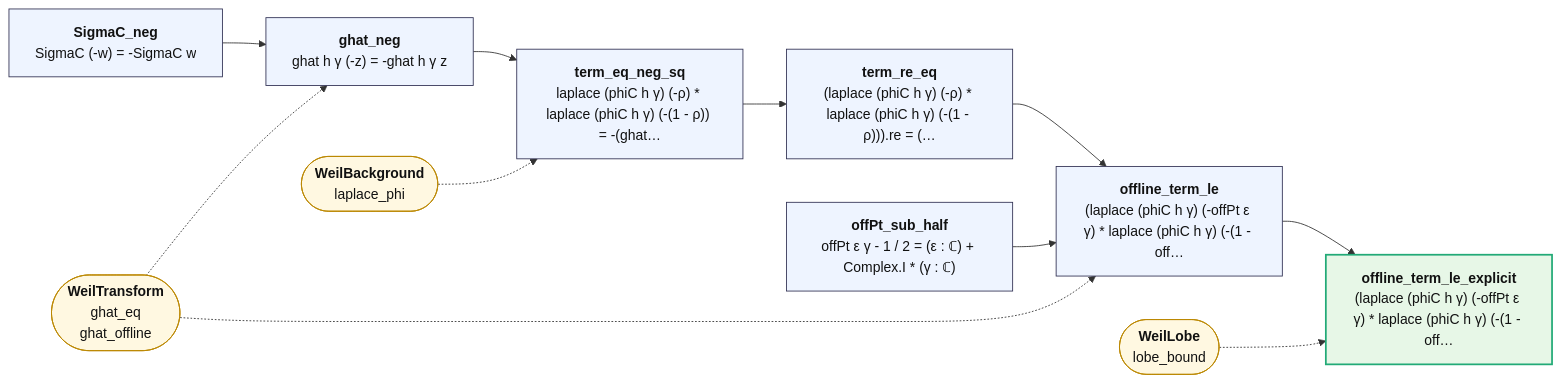
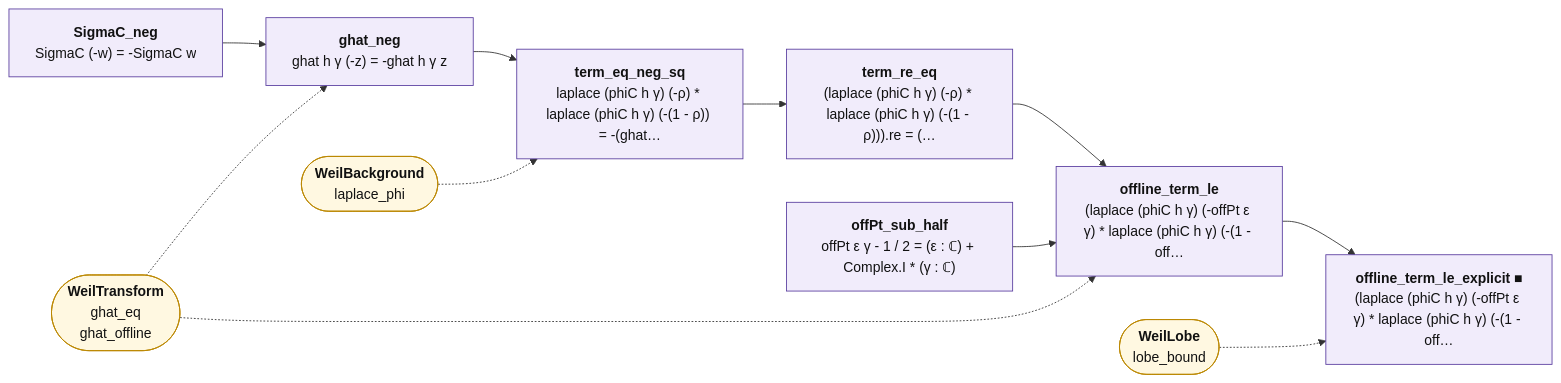
Before and after one commit to juliansambranojr/Primebeat_081426: the diagram in map/lean_stage3/WeilOffLine.md, drawn with Mermaid. The commit also changed other lines of this file and 398 other files, not shown here.

````diff
--- a/map/lean_stage3/WeilOffLine.md
+++ b/map/lean_stage3/WeilOffLine.md
@@ -12,28 +12,31 @@
 ```mermaid
 flowchart LR
-  n0["<b>SigmaC_neg</b><br/>SigmaC (-w) = -SigmaC w"]:::thm
-  n1["<b>ghat_neg</b><br/>ghat h γ (-z) = -ghat h γ z"]:::thm
-  n2["<b>term_eq_neg_sq</b><br/>laplace (phiC h γ) (-ρ) * laplace (phiC h γ) (-(1 - ρ)) = -(ghat…"]:::thm
-  n3["<b>term_re_eq</b><br/>(laplace (phiC h γ) (-ρ) * laplace (phiC h γ) (-(1 - ρ))).re = (…"]:::thm
-  n4["<b>offPt_sub_half</b><br/>offPt ε γ - 1 / 2 = (ε : ℂ) + Complex.I * (γ : ℂ)"]:::thm
-  n5["<b>offline_term_le</b><br/>(laplace (phiC h γ) (-offPt ε γ) * laplace (phiC h γ) (-(1 - off…"]:::thm
-  n6["<b>offline_term_le_explicit</b><br/>(laplace (phiC h γ) (-offPt ε γ) * laplace (phiC h γ) (-(1 - off…"]:::end_
+  n0["<b>SigmaC_neg</b><br/>SigmaC (-w) = -SigmaC w"]:::shp
+  n1["<b>ghat_neg</b><br/>ghat h γ (-z) = -ghat h γ z"]:::shp
+  n2["<b>term_eq_neg_sq</b><br/>laplace (phiC h γ) (-ρ) * laplace (phiC h γ) (-(1 - ρ)) = -(ghat…"]:::shp
+  n3["<b>term_re_eq</b><br/>(laplace (phiC h γ) (-ρ) * laplace (phiC h γ) (-(1 - ρ))).re = (…"]:::shp
+  n4["<b>offPt_sub_half</b><br/>offPt ε γ - 1 / 2 = (ε : ℂ) + Complex.I * (γ : ℂ)"]:::shp
+  n5["<b>offline_term_le</b><br/>(laplace (phiC h γ) (-offPt ε γ) * laplace (phiC h γ) (-(1 - off…"]:::shp
+  n6["<b>offline_term_le_explicit ■</b><br/>(laplace (phiC h γ) (-offPt ε γ) * laplace (phiC h γ) (-(1 - off…"]:::shp
   x0(["<b>WeilTransform</b><br/>ghat_eq<br/>ghat_offline"]):::ext
   x1(["<b>WeilBackground</b><br/>laplace_phi"]):::ext
   x2(["<b>WeilLobe</b><br/>lobe_bound"]):::ext
   n0 --> n1
   n1 --> n2
   n2 --> n3
   n3 --> n5
   n4 --> n5
   n5 --> n6
   x0 -.-> n1
   x0 -.-> n5
   x1 -.-> n2
   x2 -.-> n6
+  classDef cnt fill:#dff5ec,stroke:#17694a,color:#111
+  classDef shp fill:#f1ecfb,stroke:#5b3fa0,color:#111
+  classDef rh fill:#ffe5e5,stroke:#c22,color:#111,stroke-width:2px
   classDef thm fill:#eef4ff,stroke:#335,color:#111
   classDef end_ fill:#e7f7e7,stroke:#2a7,color:#111,stroke-width:2px
   classDef lone fill:#fff,stroke:#999,color:#111,stroke-dasharray:4 3
   classDef bad fill:#ffe5e5,stroke:#c22,color:#111,stroke-width:2px
   classDef ext fill:#fff8e1,stroke:#b80,color:#111
 ```
````
